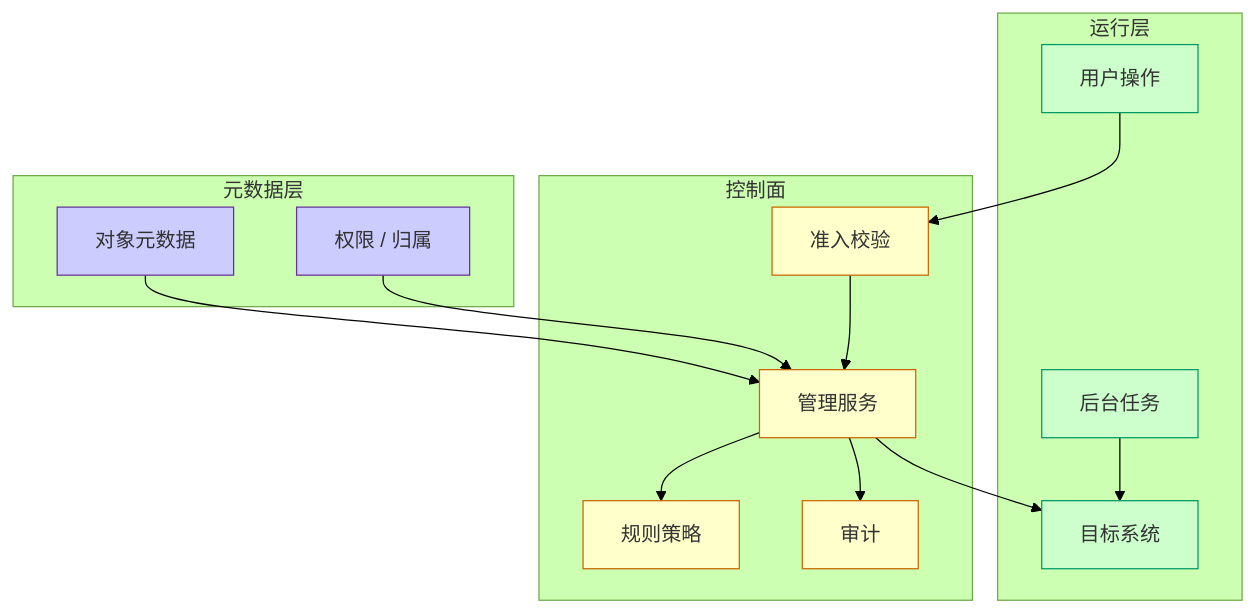
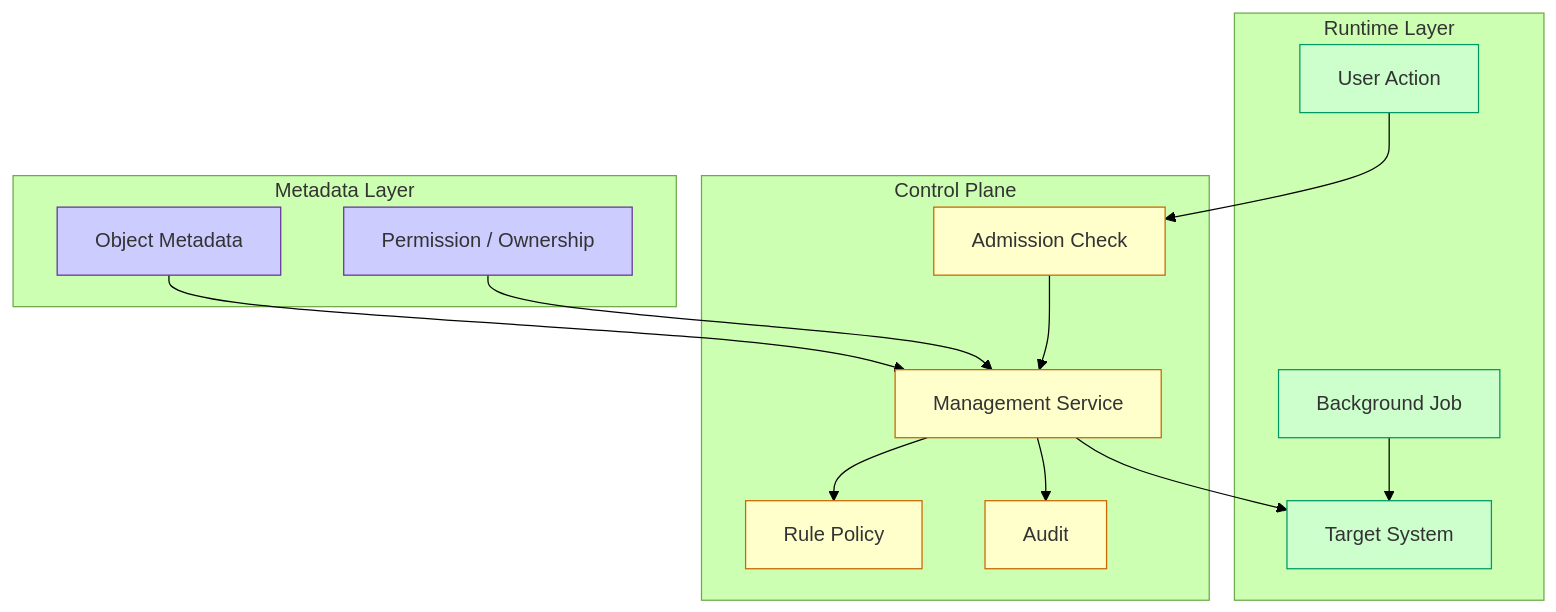
One commit to xyjunco/junco-skill changed the fourth of 9 diagrams in references/diagram-patterns.md. Above: the diagram before and after it, drawn with Mermaid (forest theme). The commit also changed other lines of this file and 6 other files, not shown here.

````diff
--- a/references/diagram-patterns.md
+++ b/references/diagram-patterns.md
@@ -180,41 +203,41 @@
 ```mermaid
 graph TD
-  subgraph Runtime["运行层"]
-    UserAction["用户操作"]
-    Worker["后台任务"]
-    TargetSystem["目标系统"]
+  subgraph Runtime["Runtime Layer"]
+    UserAction["User Action"]
+    Worker["Background Job"]
+    TargetSystem["Target System"]
   end
 
-  subgraph Control["控制面"]
-    Management["管理服务"]
-    Admission["准入校验"]
-    Policy["规则策略"]
-    Audit["审计"]
+  subgraph Control["Control Plane"]
+    Management["Management Service"]
+    Admission["Admission Check"]
+    Policy["Rule Policy"]
+    Audit["Audit"]
   end
 
-  subgraph Metadata["元数据层"]
-    ObjectMeta["对象元数据"]
-    Permission["权限 / 归属"]
+  subgraph Metadata["Metadata Layer"]
+    ObjectMeta["Object Metadata"]
+    Permission["Permission / Ownership"]
   end
 
   ObjectMeta --> Management
   Permission --> Management
   UserAction --> Admission
   Admission --> Management
   Management --> Policy
   Management --> TargetSystem
   Worker --> TargetSystem
   Management --> Audit
 
   class UserAction,Worker,TargetSystem runtime;
   class Management,Admission,Policy,Audit control;
   class ObjectMeta,Permission data;
 
   classDef actor fill:#FFCC99,stroke:#CC6600,color:#333333;
   classDef core fill:#CCFFFF,stroke:#0066CC,color:#333333;
   classDef runtime fill:#CCFFCC,stroke:#009966,color:#333333;
   classDef control fill:#FFFFCC,stroke:#CC6600,color:#333333;
   classDef data fill:#CCCCFF,stroke:#663399,color:#333333;
   classDef risk fill:#FFCCCC,stroke:#CC3333,color:#333333;
   classDef neutral fill:#FFFFFF,stroke:#999999,color:#333333;
 ```
````
